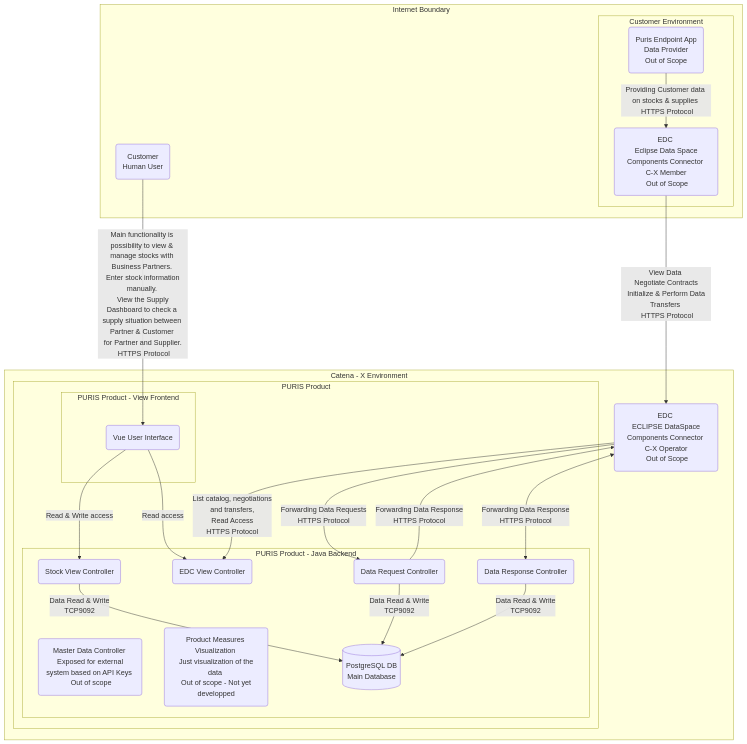
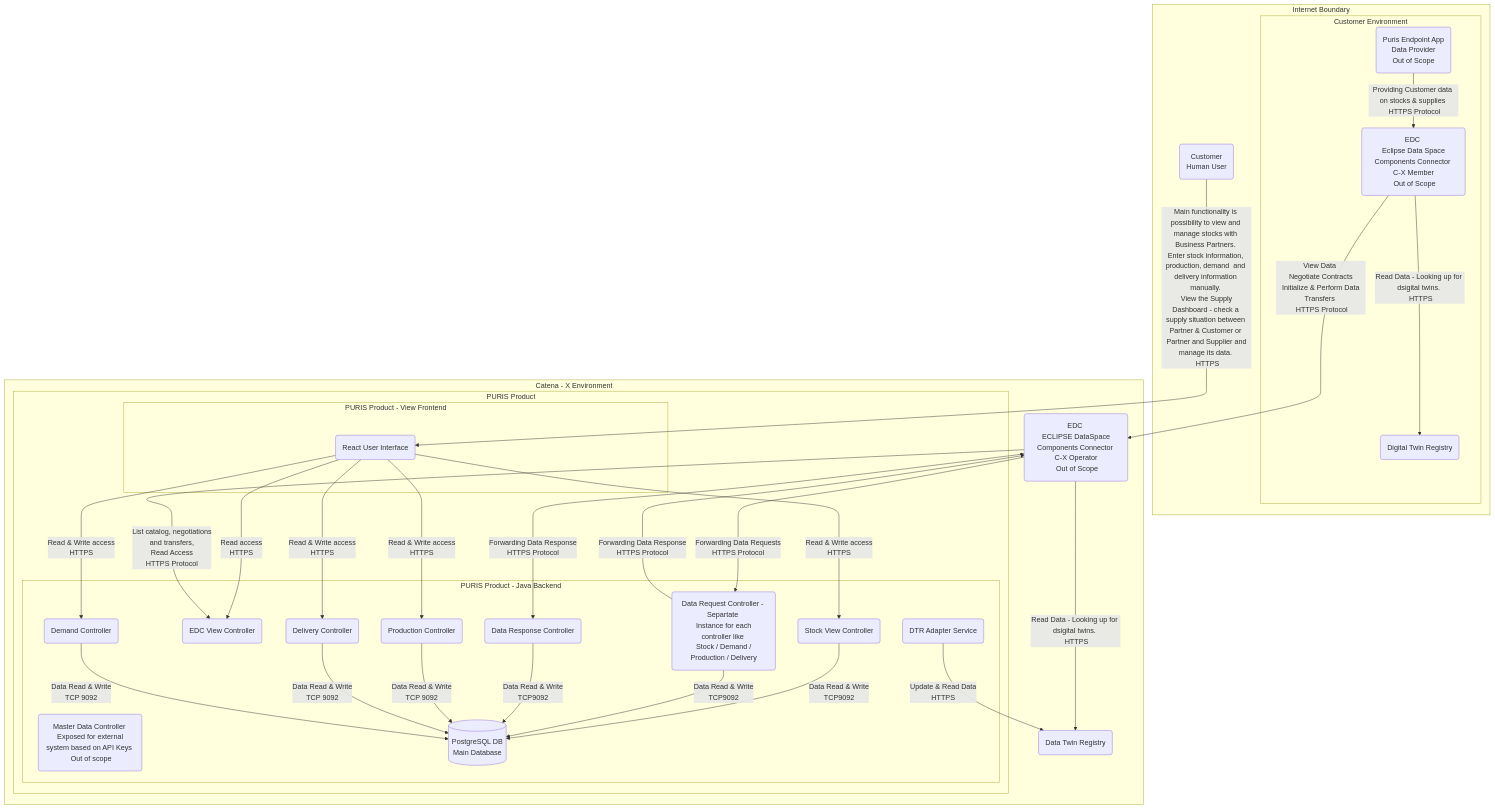
The diagram in docs/security-assessment.md (eclipse-tractusx/puris), drawn with Mermaid before and after one commit. The commit also changed other lines of this file, not shown here.

Commit message:
Update security-assessment.md
Updated the assessment Report according to our last meeting.

```diff
--- a/docs/security-assessment.md
+++ b/docs/security-assessment.md
@@ -46,38 +46,49 @@
     A(Customer \n Human User) 
     A2(Puris Endpoint App \n Data Provider \n Out of Scope)
     A3(EDC \n Eclipse Data Space Components Connector \n C-X Member \n Out of Scope)
-    
+    A4(Digital Twin Registry)
+
     B(EDC \n ECLIPSE DataSpace Components Connector \n C-X Operator \n Out of Scope)
 
-    C(Vue User Interface)
+    C(React User Interface)
 
     D6(Master Data Controller \n Exposed for external system based on API Keys \n Out of scope)
-    D7(Product Measures Visualization \n Just visualization of the data \n Out of scope - Not yet developped)
-
+ 
     D(Stock View Controller)
     D2(EDC View Controller)
-    D3(Data Request Controller)
+    D3(Data Request Controller - Separtate \n Instance for each controller like \n Stock / Demand / Production / Delivery)
     D4(Data Response Controller)
     D5[(PostgreSQL DB \n Main Database)]
+    D8(Data Twin Registry)
+    D9(DTR Adapter Service)
+    D10(Production Controller)
+    D11(Delivery Controller)
+    D12(Demand Controller)
 
-    A-->|Main functionality is possibility to view & manage stocks with Business Partners. \n Enter stock information manually. \n View the Supply Dashboard to check a supply situation between Partner & Customer \n for Partner and Supplier. \n HTTPS Protocol|C
+    A-->|Main functionality is possibility to view and manage stocks with Business Partners. \n Enter stock information,  production, demand  and delivery information manually. \n View the Supply Dashboard - check a supply situation between Partner & Customer or \n Partner and Supplier and manage its data. \n HTTPS|C
     A2-->|Providing Customer data on stocks & supplies \n HTTPS Protocol|A3
 
-    C-->|Read & Write access|D
-    C-->|Read access|D2
+    C-->|Read & Write access \n HTTPS|D
+    C-->|Read access \n HTTPS|D2
+    C-->|Read & Write access \n HTTPS|D10
+    C-->|Read & Write access \n HTTPS|D11
+    C-->|Read & Write access \n HTTPS|D12
 
     A3-->|View Data \n Negotiate Contracts \n Initialize & Perform Data Transfers \n HTTPS Protocol|B
+    A3-->|Read Data - Looking up for dsigital twins. \n HTTPS|A4
+    B-->|Read Data - Looking up for dsigital twins. \n HTTPS|D8
 
     D-->|Data Read & Write \n TCP9092|D5
     D3-->|Data Read & Write \n TCP9092|D5
-   
     D4-->|Data Read & Write \n TCP9092|D5
-
     D3-->|Forwarding Data Response \n HTTPS Protocol|B
-
+    D9-->|Update & Read Data \n HTTPS|D8
     B-->|Forwarding Data Requests \n HTTPS Protocol|D3
     B-->|List catalog, negotiations \n and transfers, \n Read Access \n HTTPS Protocol|D2
-    
+    D10-->|Data Read & Write \n TCP 9092|D5
+    D11-->|Data Read & Write \n TCP 9092|D5
+    D12-->|Data Read & Write \n TCP 9092|D5
+
     B<-->|Forwarding Data Response \n HTTPS Protocol|D4
     
 
@@ -88,14 +99,16 @@
          
          A2
          A3
+         A4                       
 
          end
 
 end
 
 subgraph Catena - X Environment
+D8
+B
 
-B
 
     subgraph PURIS Product 
                   
@@ -105,12 +118,15 @@
 
          subgraph PURIS Product - Java Backend
          D6
-         D7
          D2
          D3
          D
          D5
          D4
+         D10
+         D11
+         D12
+         D9   
           end
             
     
```
